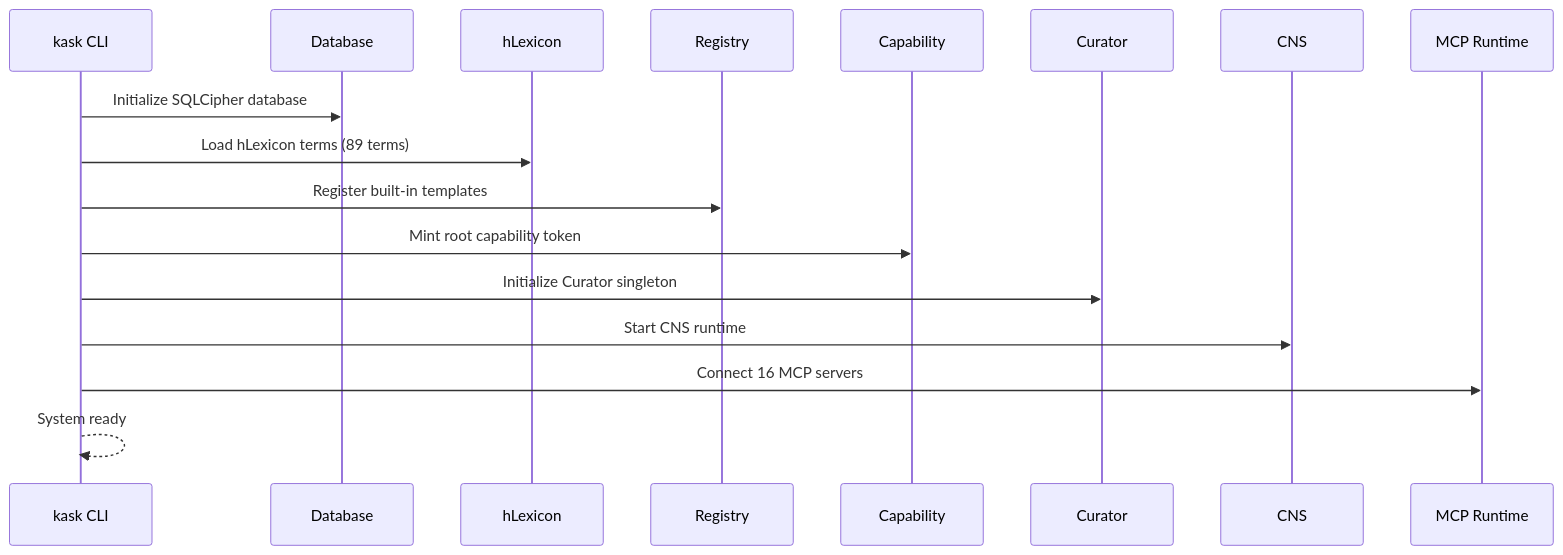
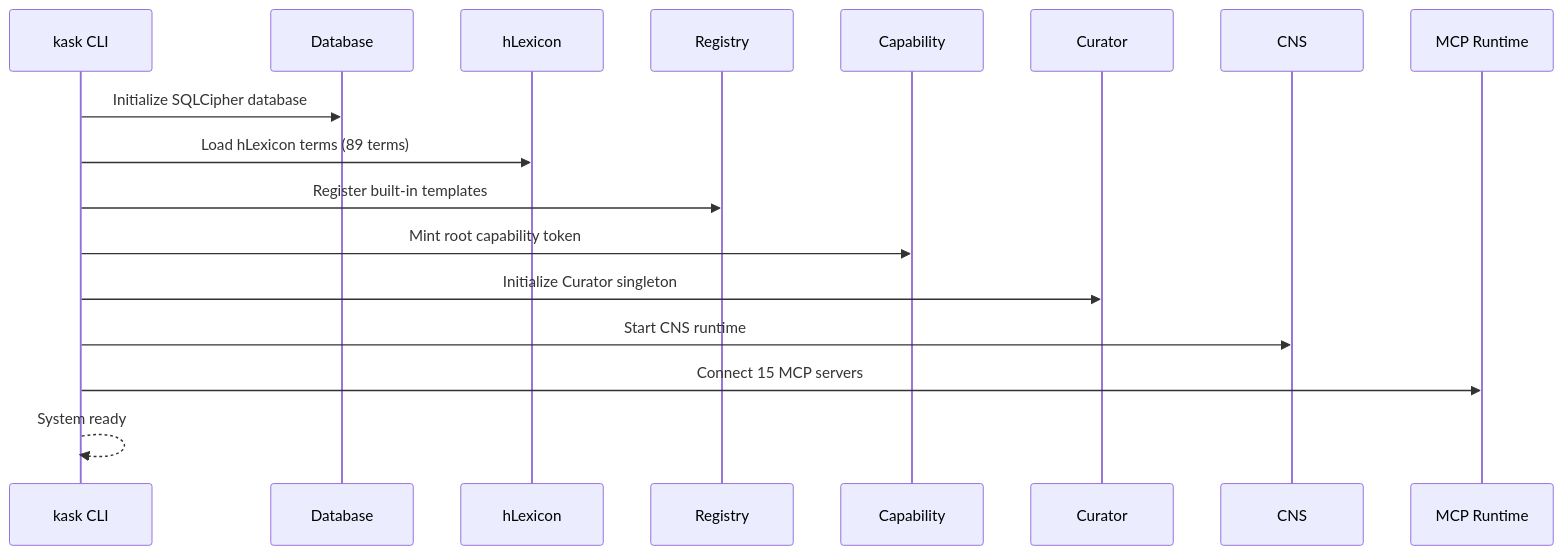
The second of 3 diagrams in docs/architecture/persistence-and-lifecycle.md (mdz-axo/hKask), drawn with Mermaid before and after one commit. The commit also changed other lines of this file and 10 other files, not shown here.

````diff
--- a/docs/architecture/persistence-and-lifecycle.md
+++ b/docs/architecture/persistence-and-lifecycle.md
@@ -213,20 +213,20 @@
 ```mermaid
 sequenceDiagram
     participant CLI as kask CLI
     participant DB as Database
     participant LEX as hLexicon
     participant REG as Registry
     participant CAP as Capability
     participant CUR as Curator
     participant CNS as CNS
     participant MCP as MCP Runtime
 
     CLI->>DB: Initialize SQLCipher database
     CLI->>LEX: Load hLexicon terms (89 terms)
     CLI->>REG: Register built-in templates
     CLI->>CAP: Mint root capability token
     CLI->>CUR: Initialize Curator singleton
     CLI->>CNS: Start CNS runtime
-    CLI->>MCP: Connect 16 MCP servers
+    CLI->>MCP: Connect 15 MCP servers
     CLI-->>CLI: System ready
 ```
````
